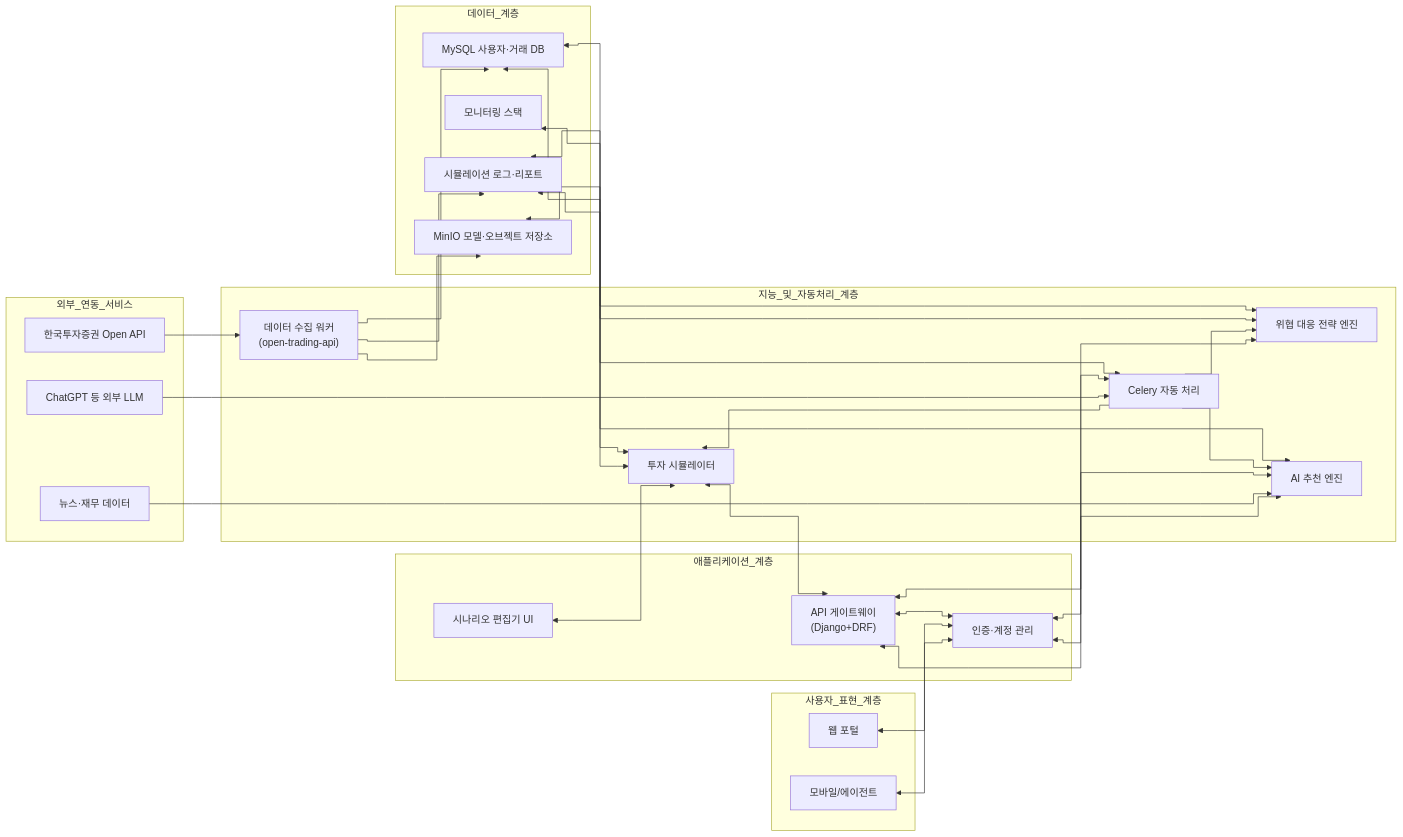
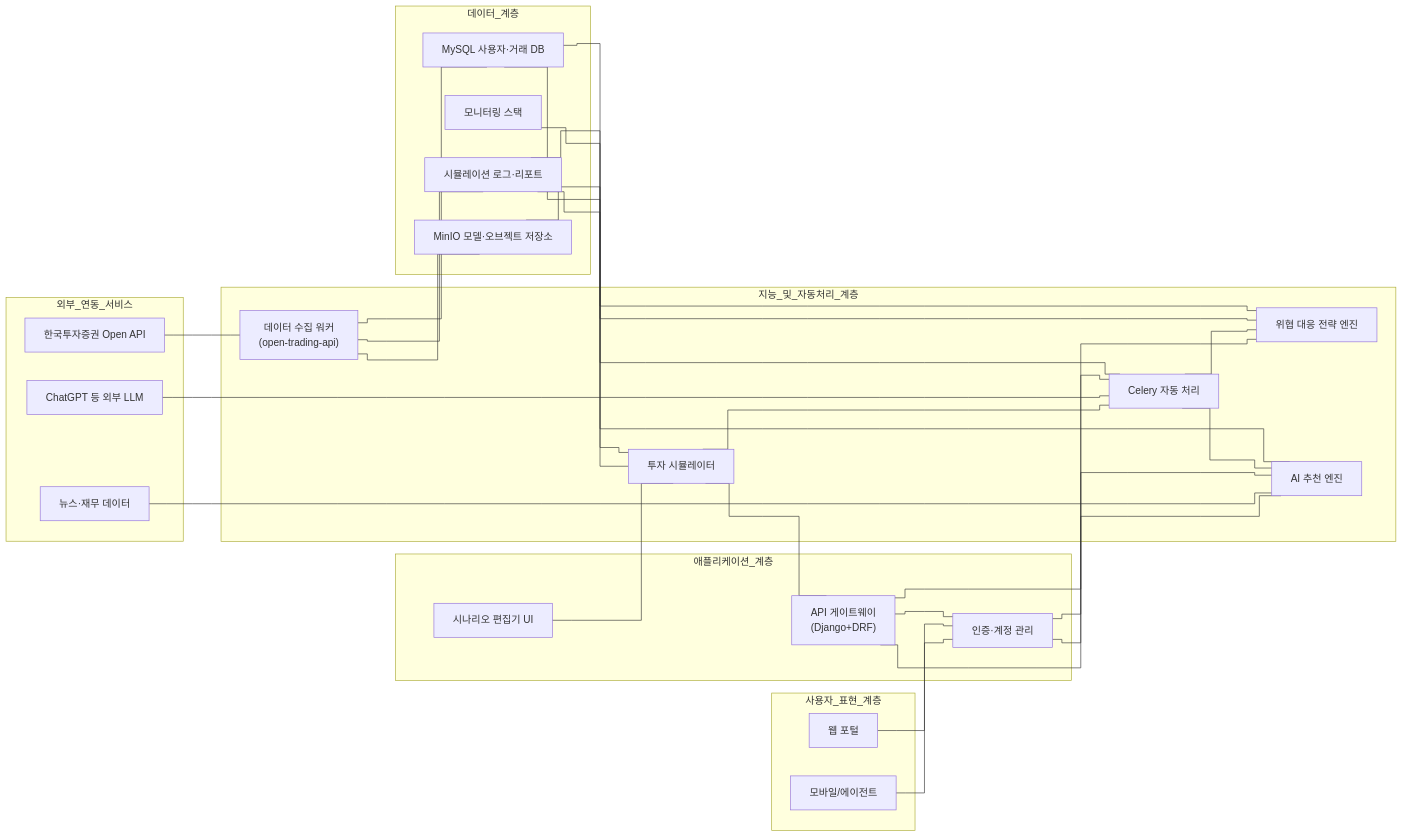
One commit to movingmin/X-AI-Convergence-Capstone-Crew changed the diagram in mdfiles/WhatcanIdo.md. Above: the diagram before and after it, drawn with Mermaid.

Commit message:
whatcanido commit

````diff
--- a/mdfiles/WhatcanIdo.md
+++ b/mdfiles/WhatcanIdo.md
@@ -3,56 +3,56 @@
 ```mermaid
 %%{init: {"flowchart": {"curve": "step", "nodeSpacing": 45, "rankSpacing": 60}}}%%
 flowchart LR
     subgraph 데이터_계층
         K["MySQL 사용자·거래 DB"]
         L["시뮬레이션 로그·리포트"]
         M["MinIO 모델·오브젝트 저장소"]
         N["모니터링 스택"]
     end
     subgraph 지능_및_자동처리_계층
         F["투자 시뮬레이터"]
         G["위협 대응 전략 엔진"]
         H["AI 추천 엔진"]
         I["Celery 자동 처리"]
         J["데이터 수집 워커\n(open-trading-api)"]
     end
     subgraph 애플리케이션_계층
         C["인증·계정 관리"]
         D["시나리오 편집기 UI"]
         E["API 게이트웨이\n(Django+DRF)"]
     end
     subgraph 사용자_표현_계층
         A["웹 포털"]
         B["모바일/에이전트"]
     end
     subgraph 외부_연동_서비스
         O["한국투자증권 Open API"]
         P["뉴스·재무 데이터"]
         Q["ChatGPT 등 외부 LLM"]
     end
 
-    K <--> F
-    K <--> G
-    L <--> F
-    L <--> G
-    M <--> H
-    N <--> I
-    J --> K
-    J --> L
-    J --> M
-    I --> F
-    I --> G
-    I --> H
-    F <--> E
-    G <--> E
-    H <--> E
-    D <--> F
-    C <--> I
-    C <--> H
-    E <--> C
-    A <--> C
-    B <--> C
-    O --> J
-    P --> H
-    Q --> I
+    K --- F
+    K --- G
+    L --- F
+    L --- G
+    M --- H
+    N --- I
+    J --- K
+    J --- L
+    J --- M
+    I --- F
+    I --- G
+    I --- H
+    F --- E
+    G --- E
+    H --- E
+    D --- F
+    C --- I
+    C --- H
+    E --- C
+    A --- C
+    B --- C
+    O --- J
+    P --- H
+    Q --- I
 ```
````
